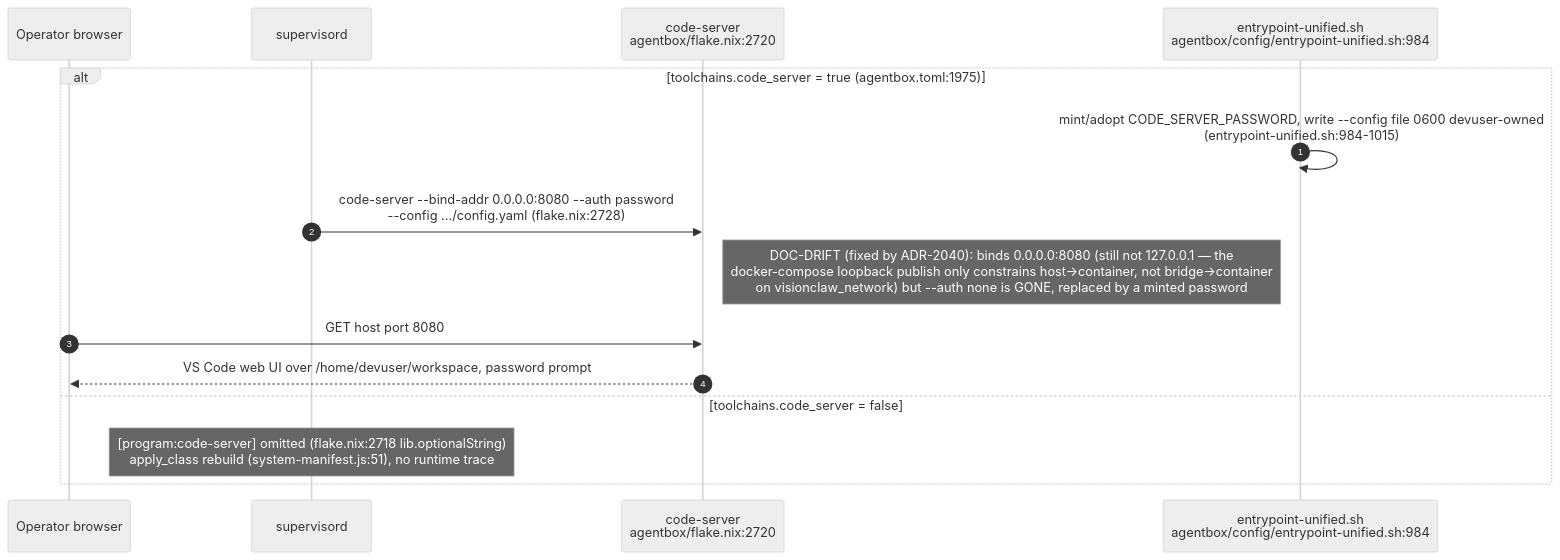
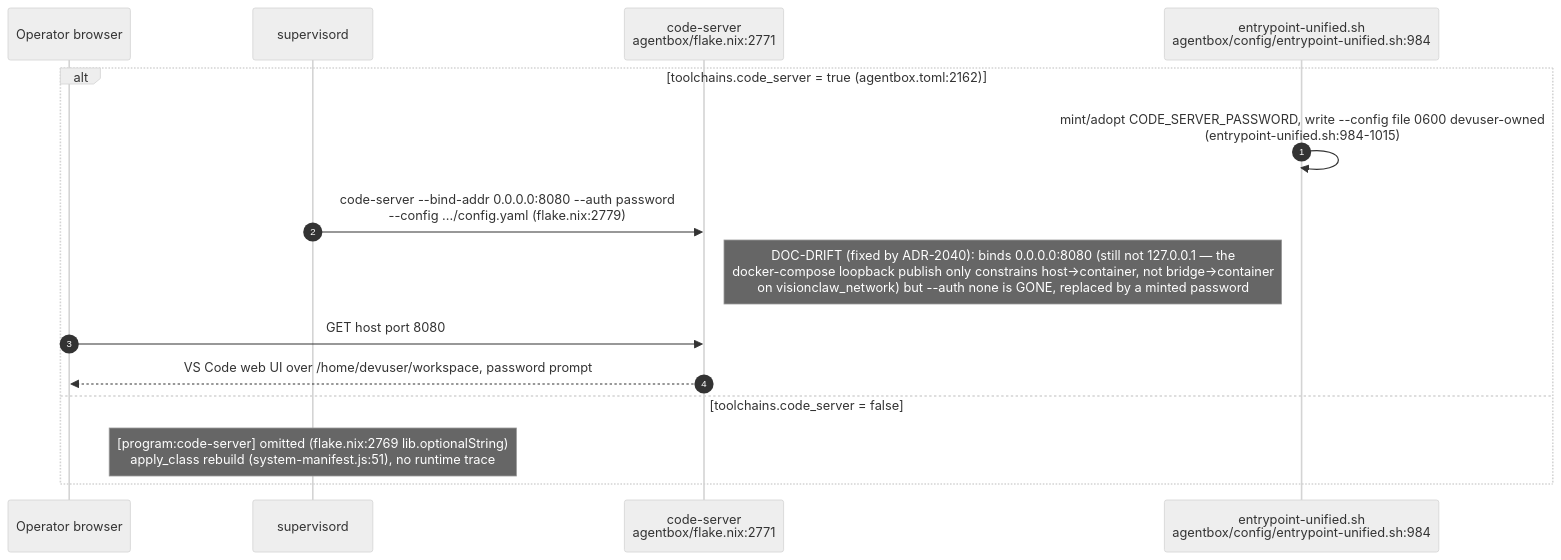
Before and after one commit to DreamLab-AI/VisionFlow: the sixth of 13 diagrams in docs/diagrams/agentbox/27-media-gpu-capability-services.md, drawn with Mermaid (neutral theme). The commit also changed other lines of this file and 80 other files, not shown here.

First line of the commit message:
docs(diagrams): re-verify the agentbox, dreamlab, estate and visionflow corpus against current sources

````diff
--- a/docs/diagrams/agentbox/27-media-gpu-capability-services.md
+++ b/docs/diagrams/agentbox/27-media-gpu-capability-services.md
@@ -206,18 +206,18 @@
 ```mermaid
 sequenceDiagram
     autonumber
     participant Op as Operator browser
     participant Sup as supervisord
-    participant CS as code-server<br/>agentbox/flake.nix:2720
+    participant CS as code-server<br/>agentbox/flake.nix:2771
     participant Entry as entrypoint-unified.sh<br/>agentbox/config/entrypoint-unified.sh:984
 
-    alt toolchains.code_server = true (agentbox.toml:1975)
+    alt toolchains.code_server = true (agentbox.toml:2162)
         Entry->>Entry: mint/adopt CODE_SERVER_PASSWORD, write --config file 0600 devuser-owned<br/>(entrypoint-unified.sh:984-1015)
-        Sup->>CS: code-server --bind-addr 0.0.0.0:8080 --auth password<br/>--config .../config.yaml (flake.nix:2728)
+        Sup->>CS: code-server --bind-addr 0.0.0.0:8080 --auth password<br/>--config .../config.yaml (flake.nix:2779)
         Note right of CS: DOC-DRIFT (fixed by ADR-2040): binds 0.0.0.0:8080 (still not 127.0.0.1 — the<br/>docker-compose loopback publish only constrains host->container, not bridge->container<br/>on visionclaw_network) but --auth none is GONE, replaced by a minted password
         Op->>CS: GET host port 8080
         CS-->>Op: VS Code web UI over /home/devuser/workspace, password prompt
     else toolchains.code_server = false
-        Note over Sup: [program:code-server] omitted (flake.nix:2718 lib.optionalString)<br/>apply_class rebuild (system-manifest.js:51), no runtime trace
+        Note over Sup: [program:code-server] omitted (flake.nix:2769 lib.optionalString)<br/>apply_class rebuild (system-manifest.js:51), no runtime trace
     end
 ```
````
